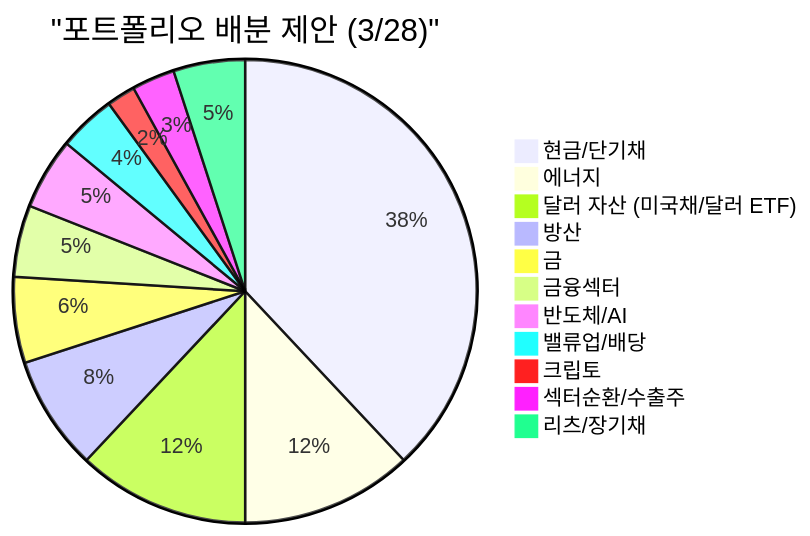
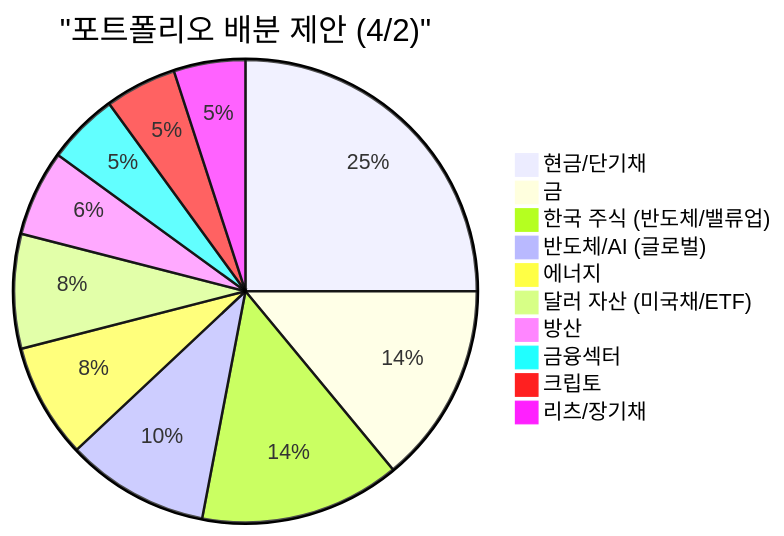
The ninth of 9 diagrams in _posts/knowledge/invest/2026-01-12-macroeconomic-policy-sector-outlook-2026.md (dss99911/dss99911.github.io), drawn with Mermaid before and after one commit. The commit also changed other lines of this file and 3 other files, not shown here.

````diff
--- a/_posts/knowledge/invest/2026-01-12-macroeconomic-policy-sector-outlook-2026.md
+++ b/_posts/knowledge/invest/2026-01-12-macroeconomic-policy-sector-outlook-2026.md
@@ -478,14 +448,13 @@
 ```mermaid
-pie title "포트폴리오 배분 제안 #40;3/28#41;"
-    "현금/단기채" : 38
-    "에너지" : 12
-    "달러 자산 #40;미국채/달러 ETF#41;" : 12
-    "방산" : 8
-    "금" : 6
+pie title "포트폴리오 배분 제안 #40;4/2#41;"
+    "현금/단기채" : 25
+    "금" : 14
+    "한국 주식 #40;반도체/밸류업#41;" : 14
+    "반도체/AI #40;글로벌#41;" : 10
+    "에너지" : 8
+    "달러 자산 #40;미국채/ETF#41;" : 8
+    "방산" : 6
     "금융섹터" : 5
-    "반도체/AI" : 5
-    "밸류업/배당" : 4
-    "크립토" : 2
-    "섹터순환/수출주" : 3
+    "크립토" : 5
     "리츠/장기채" : 5
 ```
````
